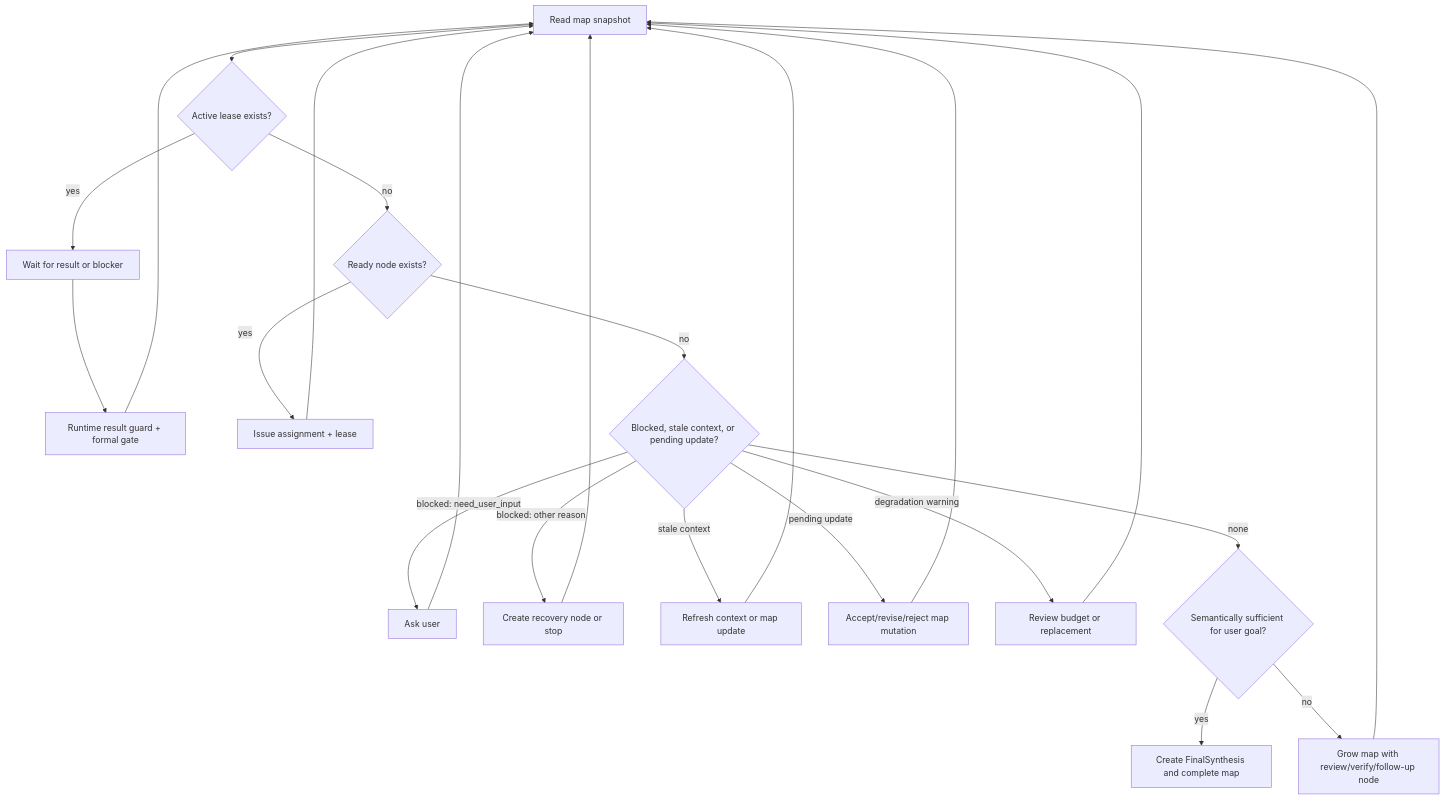
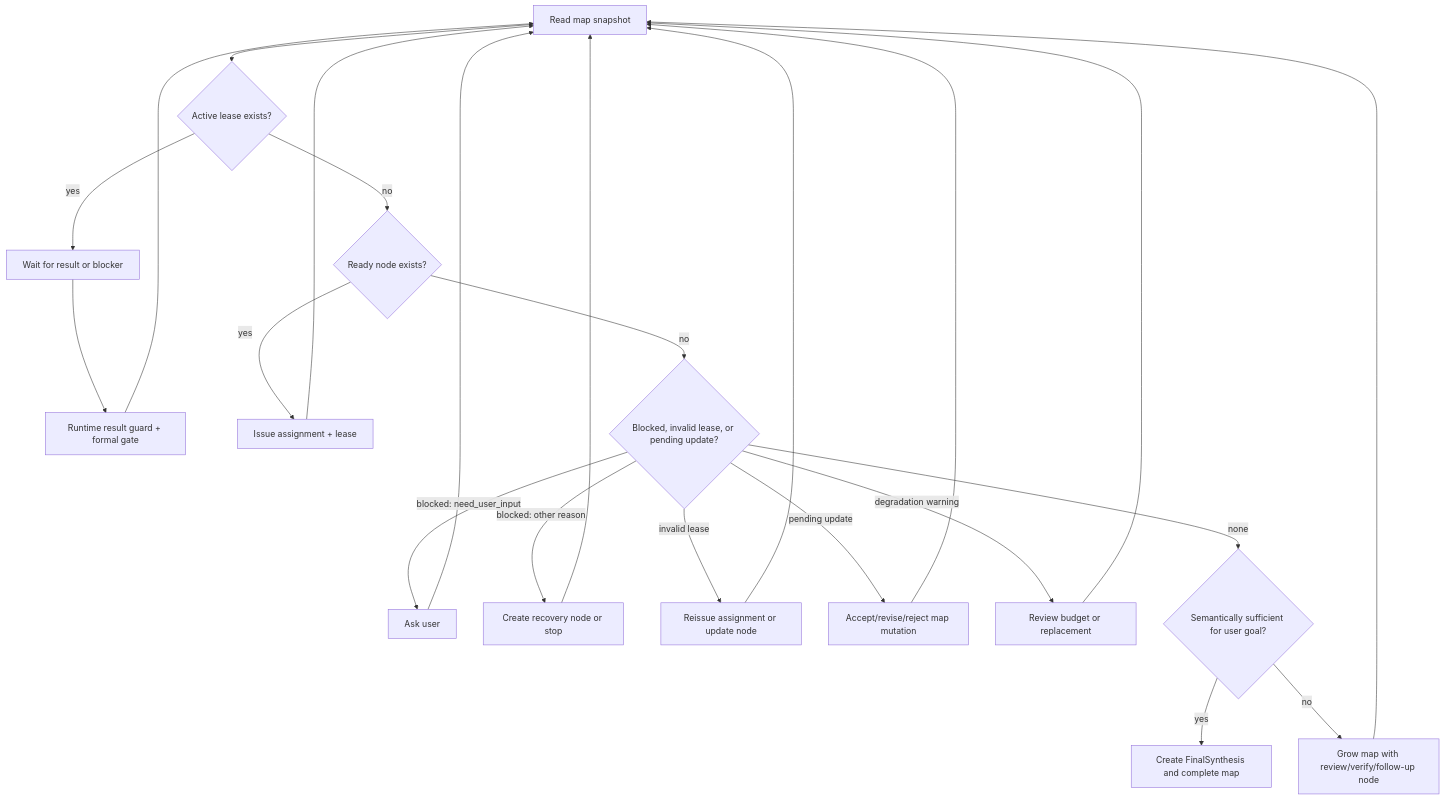
The fourth of 5 diagrams in docs/plans/2026-04-25-multi-agent-collaboration-architecture.md (ceasarXuu/WhaleCode), drawn with Mermaid before and after one commit. The commit also changed other lines of this file, not shown here.

Commit message:
docs: remove stale context concept

````diff
--- a/docs/plans/2026-04-25-multi-agent-collaboration-architecture.md
+++ b/docs/plans/2026-04-25-multi-agent-collaboration-architecture.md
@@ -1609,28 +1520,28 @@
 ```mermaid
 flowchart TD
     A["Read map snapshot"] --> B{"Active lease exists?"}
     B -->|yes| C["Wait for result or blocker"]
     C --> D["Runtime result guard + formal gate"]
     D --> A
 
     B -->|no| E{"Ready node exists?"}
     E -->|yes| F["Issue assignment + lease"]
     F --> A
 
-    E -->|no| G{"Blocked, stale context, or pending update?"}
+    E -->|no| G{"Blocked, invalid lease, or pending update?"}
     G -->|blocked: need_user_input| H["Ask user"]
     G -->|blocked: other reason| I["Create recovery node or stop"]
-    G -->|stale context| J["Refresh context or map update"]
+    G -->|invalid lease| J["Reissue assignment or update node"]
     G -->|pending update| K["Accept/revise/reject map mutation"]
     G -->|degradation warning| Q["Review budget or replacement"]
     H --> A
     I --> A
     J --> A
     K --> A
     Q --> A
 
     G -->|none| L{"Semantically sufficient for user goal?"}
     L -->|yes| M["Create FinalSynthesis and complete map"]
     L -->|no| N["Grow map with review/verify/follow-up node"]
     N --> A
 ```
````
